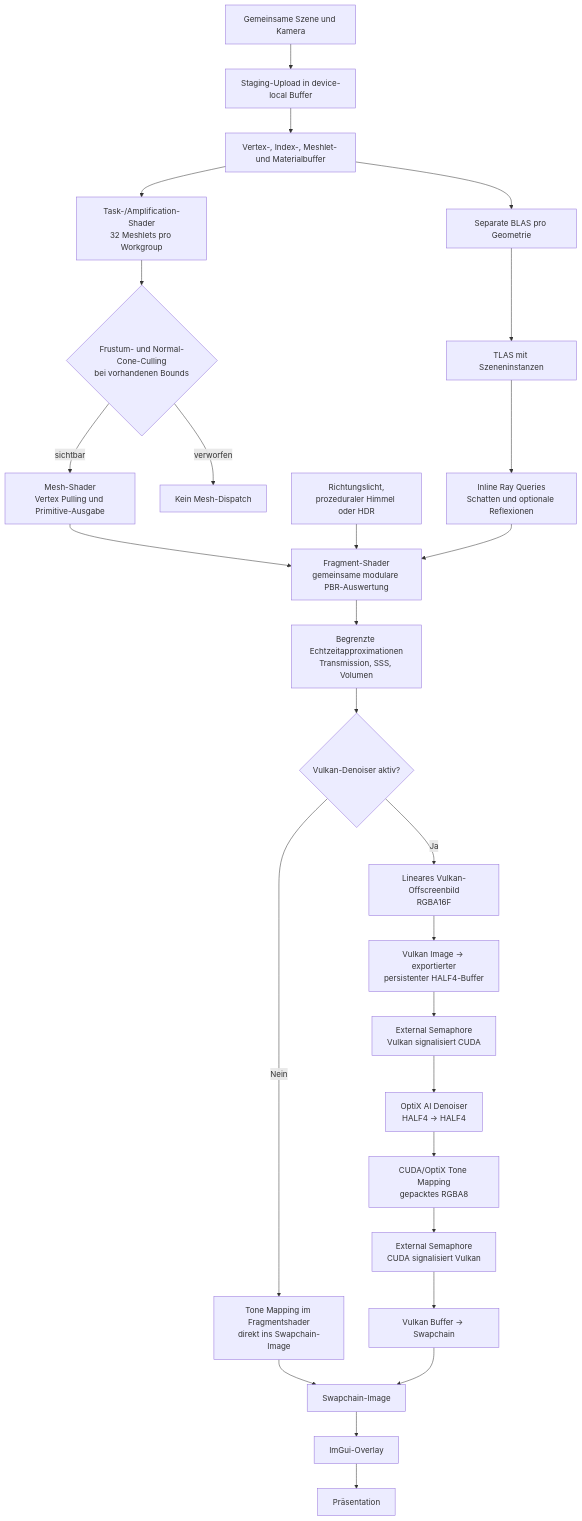
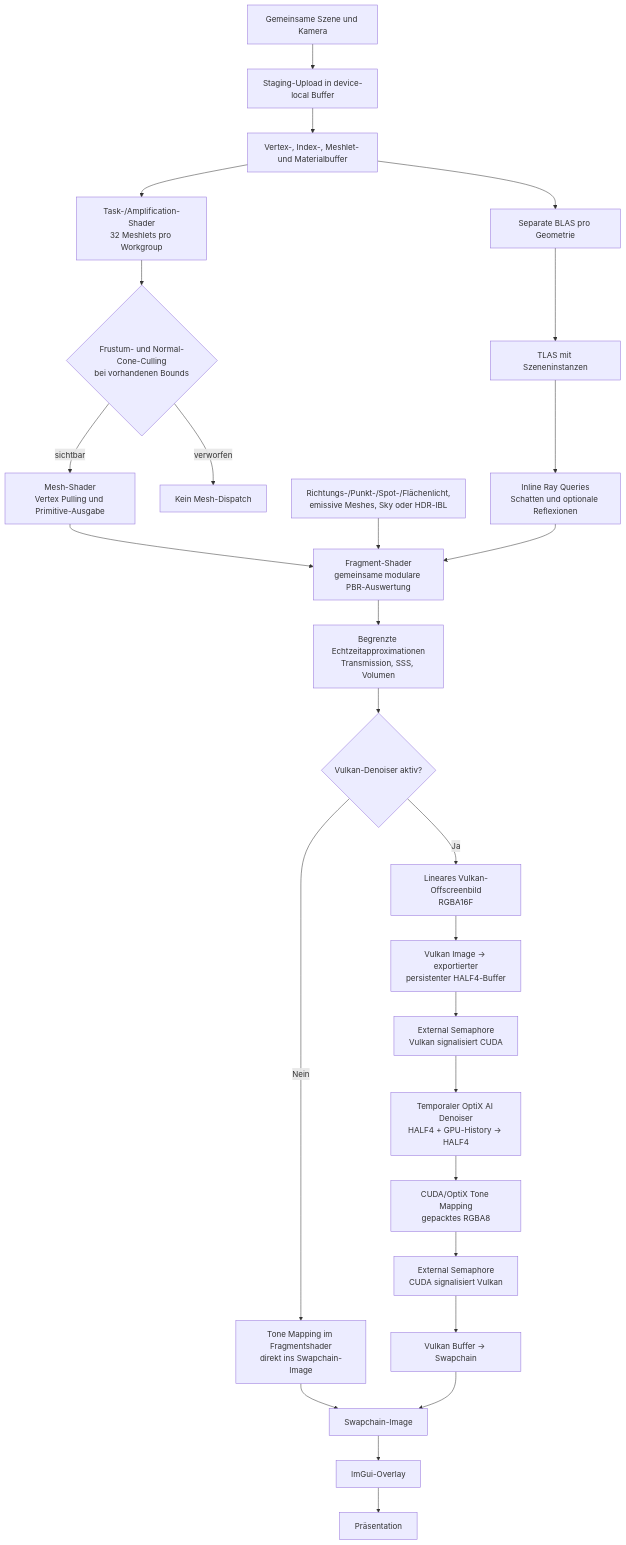
Before and after one commit to F2TekIndie/VORaytracer: the second of 4 diagrams in RENDERPFADE.md, drawn with Mermaid. The commit also changed other lines of this file and 19 other files, not shown here.

````diff
--- a/RENDERPFADE.md
+++ b/RENDERPFADE.md
@@ -27,31 +29,31 @@
 ```mermaid
 flowchart TD
     Scene["Gemeinsame Szene und Kamera"] --> Upload["Staging-Upload in device-local Buffer"]
     Upload --> Geometry["Vertex-, Index-, Meshlet- und Materialbuffer"]
     Geometry --> Task["Task-/Amplification-Shader<br/>32 Meshlets pro Workgroup"]
     Task --> Cull{"Frustum- und Normal-Cone-Culling<br/>bei vorhandenen Bounds"}
     Cull -->|sichtbar| Mesh["Mesh-Shader<br/>Vertex Pulling und Primitive-Ausgabe"]
     Cull -->|verworfen| Skip["Kein Mesh-Dispatch"]
 
     Geometry --> BLAS["Separate BLAS pro Geometrie"]
     BLAS --> TLAS["TLAS mit Szeneninstanzen"]
 
     Mesh --> Fragment["Fragment-Shader<br/>gemeinsame modulare PBR-Auswertung"]
     TLAS --> Queries["Inline Ray Queries<br/>Schatten und optionale Reflexionen"]
-    Light["Richtungslicht,<br/>prozeduraler Himmel oder HDR"] --> Fragment
+    Light["Richtungs-/Punkt-/Spot-/Flächenlicht,<br/>emissive Meshes, Sky oder HDR-IBL"] --> Fragment
     Queries --> Fragment
     Fragment --> Approx["Begrenzte Echtzeitapproximationen<br/>Transmission, SSS, Volumen"]
     Approx --> Denoise{"Vulkan-Denoiser aktiv?"}
     Denoise -->|Nein| ToneMap["Tone Mapping im Fragmentshader<br/>direkt ins Swapchain-Image"]
     Denoise -->|Ja| HDRImage["Lineares Vulkan-Offscreenbild<br/>RGBA16F"]
     HDRImage --> ExtHalf["Vulkan Image → exportierter<br/>persistenter HALF4-Buffer"]
     ExtHalf --> WaitCuda["External Semaphore<br/>Vulkan signalisiert CUDA"]
-    WaitCuda --> OptixDenoiser["OptiX AI Denoiser<br/>HALF4 → HALF4"]
+    WaitCuda --> OptixDenoiser["Temporaler OptiX AI Denoiser<br/>HALF4 + GPU-History → HALF4"]
     OptixDenoiser --> CudaTone["CUDA/OptiX Tone Mapping<br/>gepacktes RGBA8"]
     CudaTone --> WaitVk["External Semaphore<br/>CUDA signalisiert Vulkan"]
     WaitVk --> CopyVk["Vulkan Buffer → Swapchain"]
     ToneMap --> Swapchain["Swapchain-Image"]
     CopyVk --> Swapchain
     Swapchain --> ImGui["ImGui-Overlay"]
     ImGui --> Present["Präsentation"]
 ```
````
